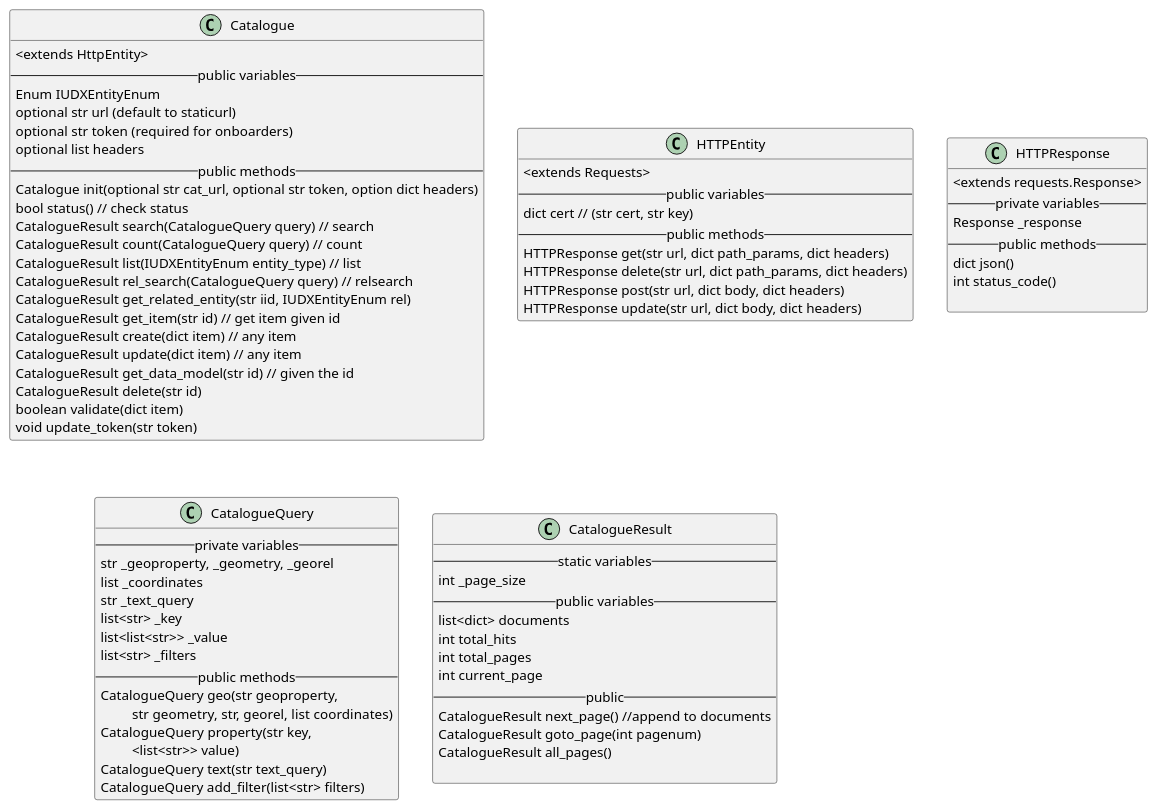
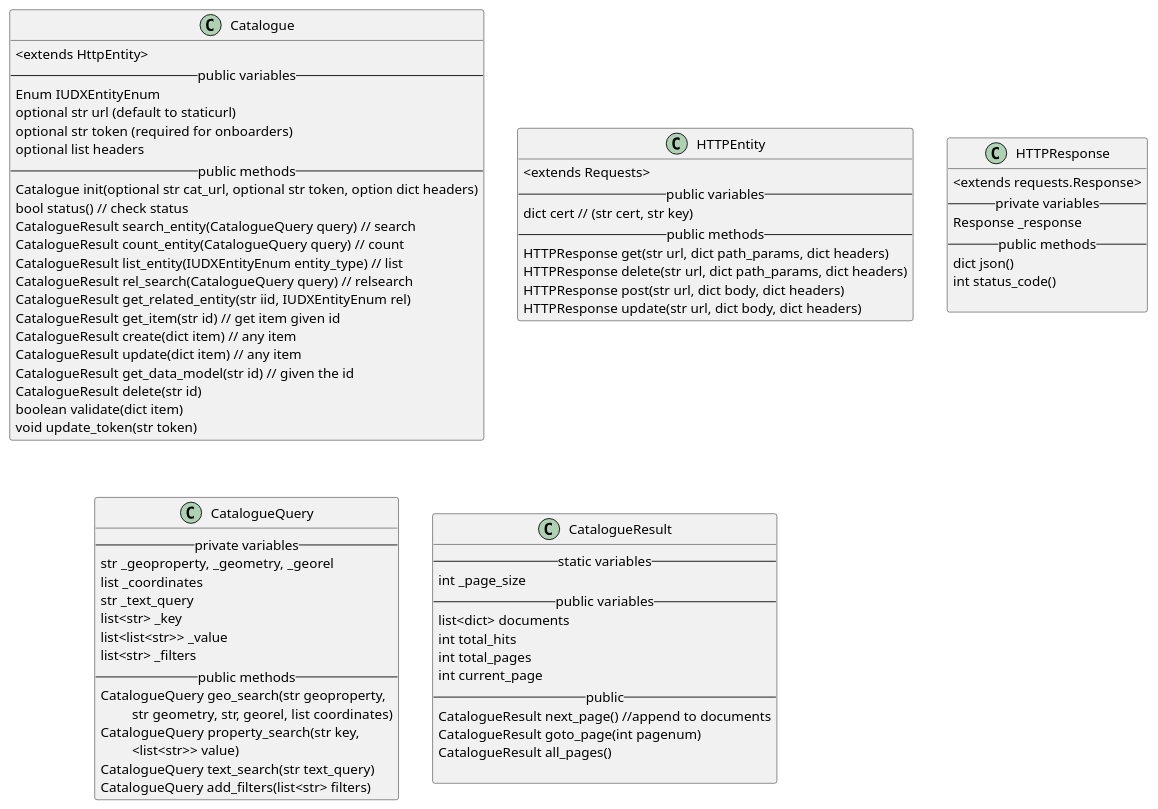
The diagram in docs/diagrams/CatalogueEntity.puml (datakaveri/iudx-python-sdk), drawn with PlantUML before and after one commit. The commit also changed 4 other files, not shown here.

```diff
--- a/docs/diagrams/CatalogueEntity.puml
+++ b/docs/diagrams/CatalogueEntity.puml
@@ -1,83 +1,83 @@
 @startuml
 class Catalogue  {
     <extends HttpEntity>
   -- public variables --
   Enum IUDXEntityEnum
   optional str url (default to staticurl)
   optional str token (required for onboarders)
   optional list headers
   -- public methods --
   Catalogue init(optional str cat_url, optional str token, option dict headers)
   bool status() // check status
-  CatalogueResult search(CatalogueQuery query) // search
-  CatalogueResult count(CatalogueQuery query) // count
-  CatalogueResult list(IUDXEntityEnum entity_type) // list
+  CatalogueResult search_entity(CatalogueQuery query) // search
+  CatalogueResult count_entity(CatalogueQuery query) // count
+  CatalogueResult list_entity(IUDXEntityEnum entity_type) // list
   CatalogueResult rel_search(CatalogueQuery query) // relsearch
   CatalogueResult get_related_entity(str iid, IUDXEntityEnum rel)
   CatalogueResult get_item(str id) // get item given id
   CatalogueResult create(dict item) // any item
   CatalogueResult update(dict item) // any item
   CatalogueResult get_data_model(str id) // given the id
   CatalogueResult delete(str id)
   boolean validate(dict item)
   void update_token(str token)
 }
 
 class HTTPEntity  {
   <extends Requests>
   -- public variables --
   dict cert // (str cert, str key)
   -- public methods --
   HTTPResponse get(str url, dict path_params, dict headers)
   HTTPResponse delete(str url, dict path_params, dict headers)
   HTTPResponse post(str url, dict body, dict headers)
   HTTPResponse update(str url, dict body, dict headers)
 }
 
 class HTTPResponse {
   <extends requests.Response>
   -- private variables --
   Response _response
   -- public methods --
   dict json()
   int status_code()
 
 }
 
 
 class CatalogueQuery {
     -- private variables--
     str _geoproperty, _geometry, _georel
     list _coordinates
     str _text_query
     list<str> _key
     list<list<str>> _value
     list<str> _filters
     -- public methods --
-    CatalogueQuery geo(str geoproperty,
+    CatalogueQuery geo_search(str geoproperty,
         \t str geometry, str, georel, list coordinates)
-    CatalogueQuery property(str key,
+    CatalogueQuery property_search(str key,
                         \t <list<str>> value)
-    CatalogueQuery text(str text_query)
-    CatalogueQuery add_filter(list<str> filters)
+    CatalogueQuery text_search(str text_query)
+    CatalogueQuery add_filters(list<str> filters)
 }
 
 
 class CatalogueResult {
     -- static variables --
     int _page_size
     -- public variables --
     list<dict> documents
     int total_hits
     int total_pages
     int current_page
     -- public --
     CatalogueResult next_page() //append to documents
     CatalogueResult goto_page(int pagenum)
     CatalogueResult all_pages()
 
 }
 
 
 
 @enduml
```
